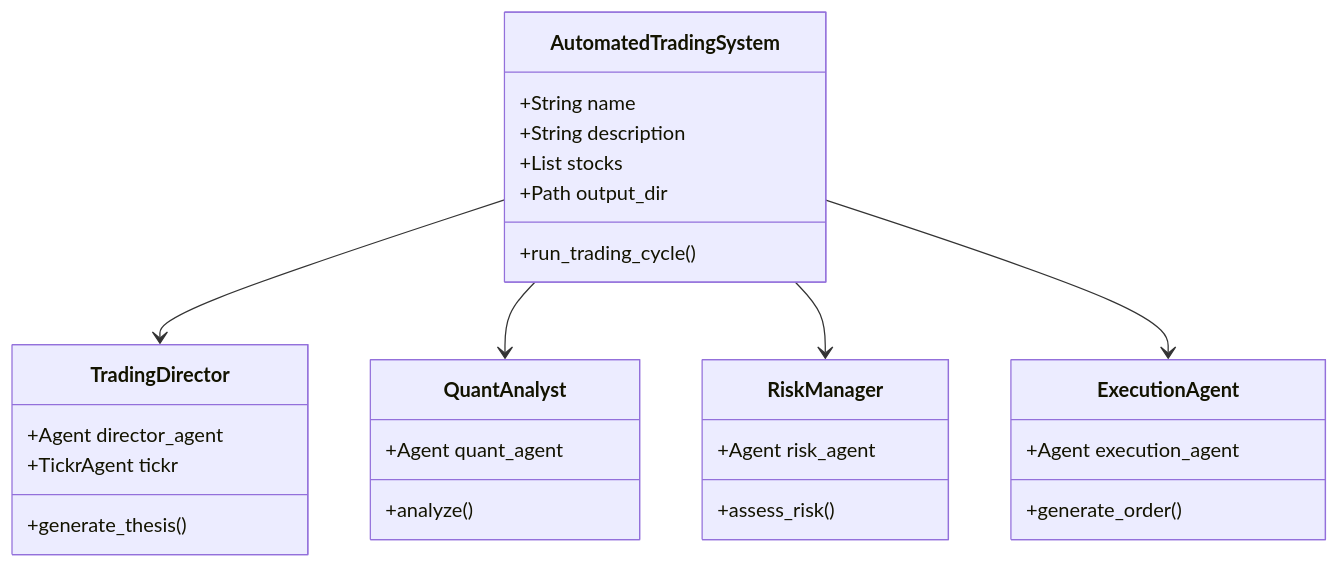
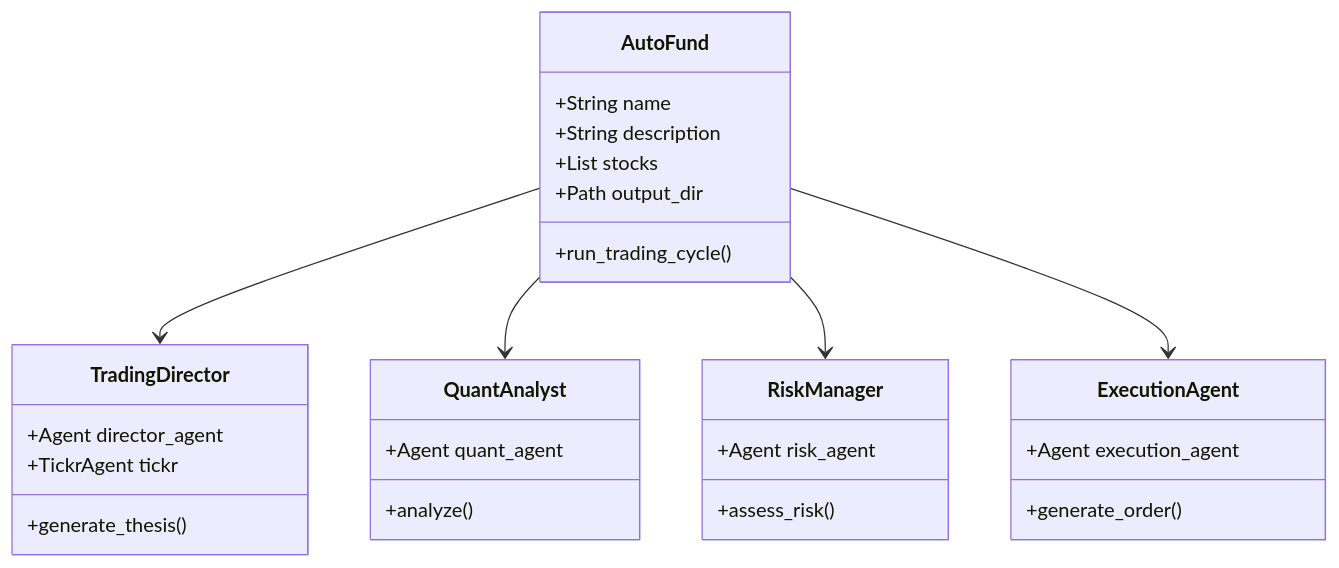
Before and after one commit to gouchan/AutoHedge: the sixth of 6 diagrams in README.md, drawn with Mermaid. The commit also changed other lines of this file and 4 other files, not shown here.

````diff
--- a/README.md
+++ b/README.md
@@ -286,36 +286,36 @@
 ```mermaid
 classDiagram
-    class AutomatedTradingSystem {
+    class AutoFund {
         +String name
         +String description
         +List stocks
         +Path output_dir
         +run_trading_cycle()
     }
     
     class TradingDirector {
         +Agent director_agent
         +TickrAgent tickr
         +generate_thesis()
     }
     
     class QuantAnalyst {
         +Agent quant_agent
         +analyze()
     }
     
     class RiskManager {
         +Agent risk_agent
         +assess_risk()
     }
     
     class ExecutionAgent {
         +Agent execution_agent
         +generate_order()
     }
     
-    AutomatedTradingSystem --> TradingDirector
-    AutomatedTradingSystem --> QuantAnalyst
-    AutomatedTradingSystem --> RiskManager
-    AutomatedTradingSystem --> ExecutionAgent
+    AutoFund --> TradingDirector
+    AutoFund --> QuantAnalyst
+    AutoFund --> RiskManager
+    AutoFund --> ExecutionAgent
 ```
````
